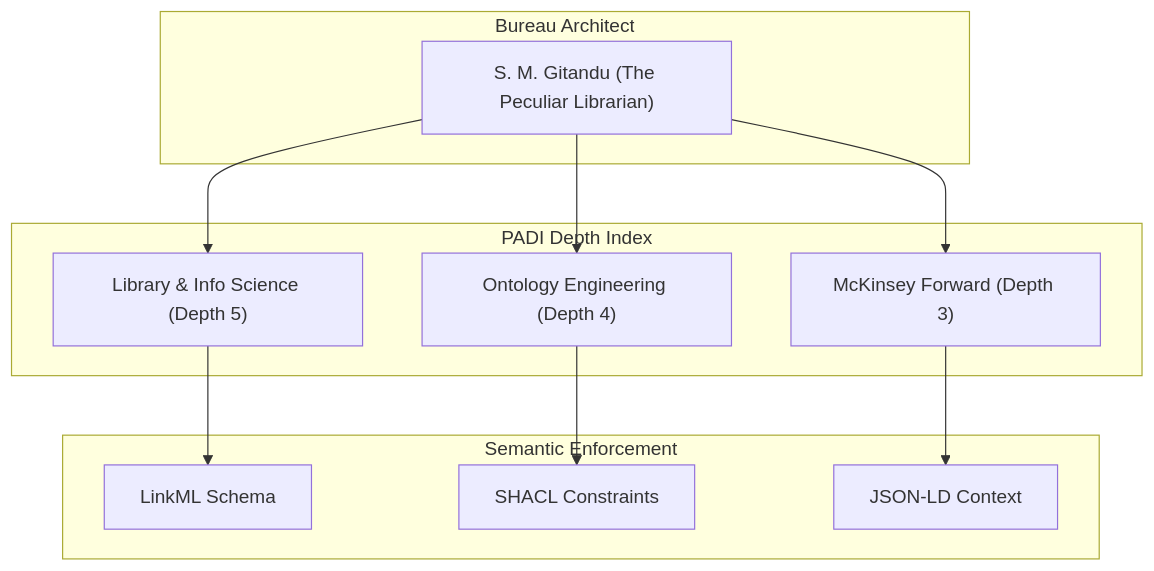
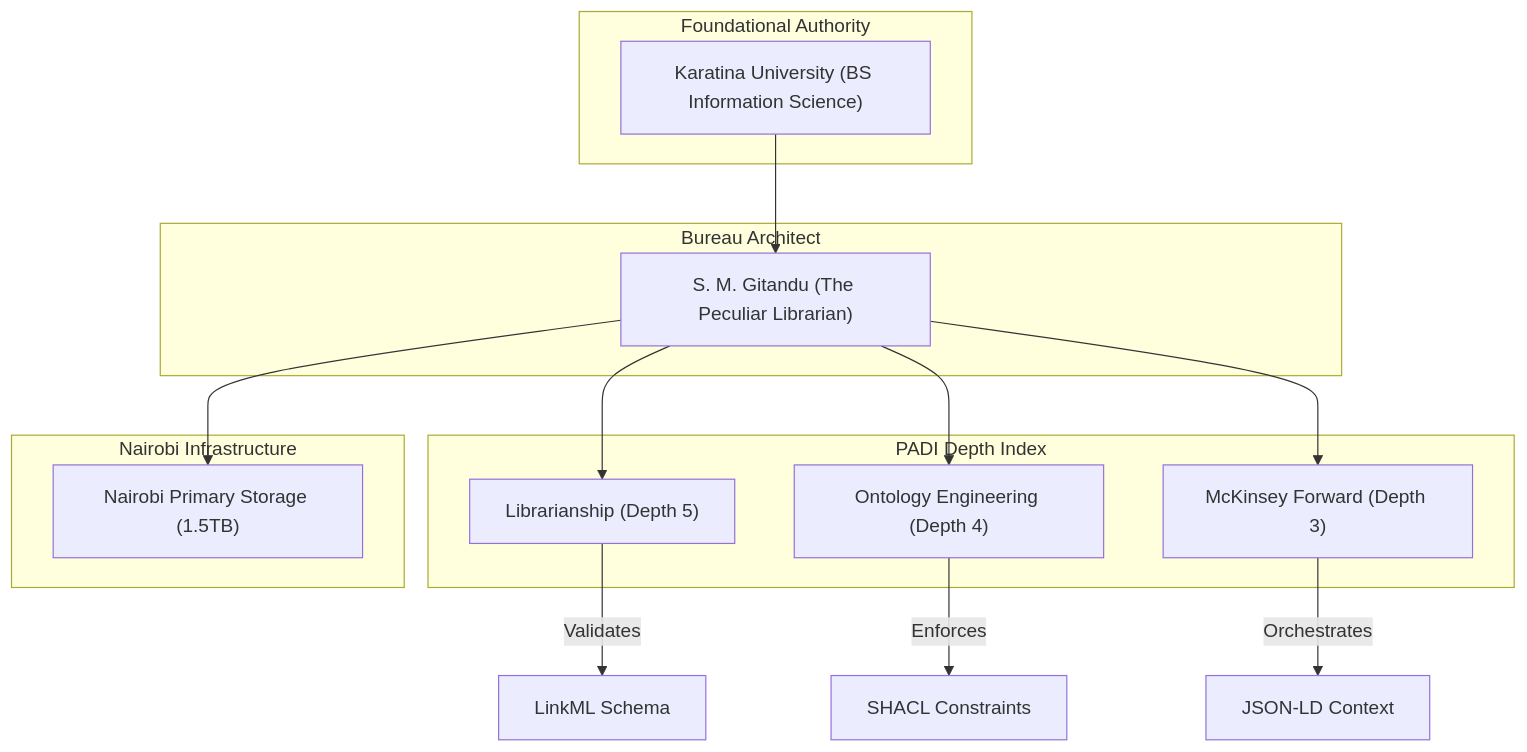
One commit to peculiarlibrary/padi-authority-control changed the diagram in README.md. Above: the diagram before and after it, drawn with Mermaid. The commit also changed other lines of this file, not shown here.

Commit message:
docs: Re-root Knowledge Graph in Karatina University LIS foundation

````diff
--- a/README.md
+++ b/README.md
@@ -7,26 +7,30 @@
 ```mermaid
 graph TD
+    subgraph Academic_Root [Foundational Authority]
+        KU["Karatina University (BS Information Science)"]
+    end
+
     subgraph Personal_Agent [Bureau Architect]
         SMG["S. M. Gitandu (The Peculiar Librarian)"]
     end
 
     subgraph Authority_Clusters [PADI Depth Index]
-        LIS["Library & Info Science (Depth 5)"]
+        LIS["Librarianship (Depth 5)"]
         ONT["Ontology Engineering (Depth 4)"]
         MCK["McKinsey Forward (Depth 3)"]
     end
 
-    subgraph Technical_Firewall [Semantic Enforcement]
-        LML["LinkML Schema"]
-        SHC["SHACL Constraints"]
-        JLD["JSON-LD Context"]
+    subgraph Physical_Node [Nairobi Infrastructure]
+        HW["Nairobi Primary Storage (1.5TB)"]
     end
 
+    KU --> SMG
     SMG --> LIS
     SMG --> ONT
     SMG --> MCK
+    SMG --> HW
 
-    LIS --> LML
-    ONT --> SHC
-    MCK --> JLD
+    LIS --> |Validates| LML["LinkML Schema"]
+    ONT --> |Enforces| SHC["SHACL Constraints"]
+    MCK --> |Orchestrates| JLD["JSON-LD Context"]
 ```
````
